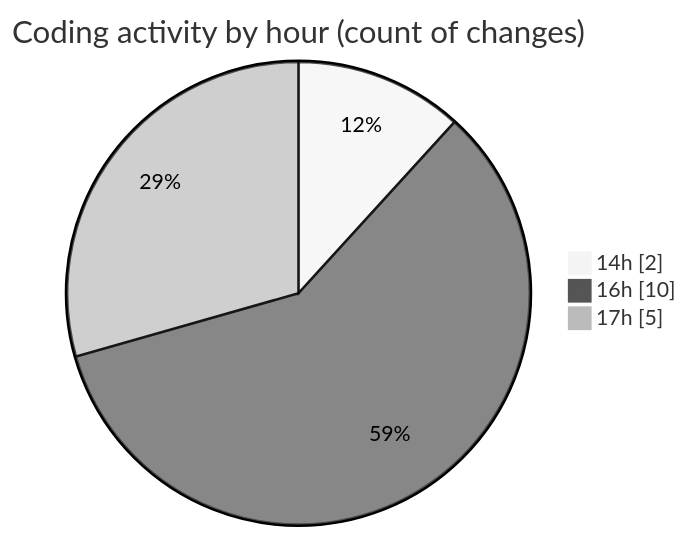
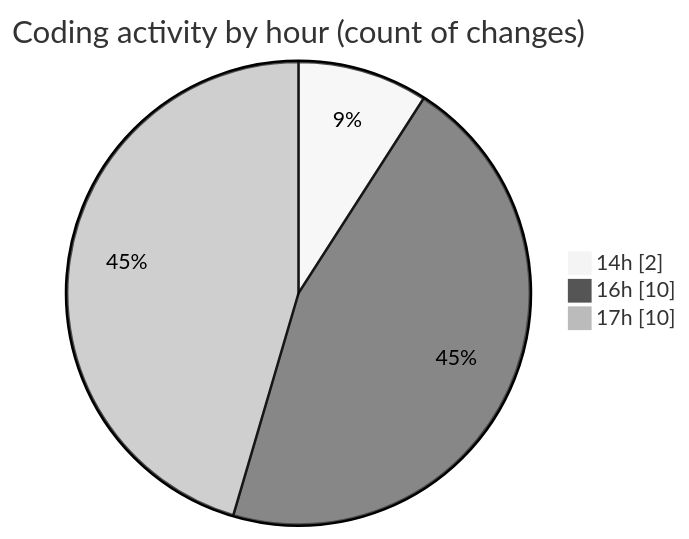
One commit to Ritupan-Deka/code-tracking changed the second of 2 diagrams in 2025-06-18/scopesketch-app/README.md. Above: the diagram before and after it, drawn with Mermaid (neutral theme). The commit also changed other lines of this file and 1 other file, not shown here.

````diff
--- a/2025-06-18/scopesketch-app/README.md
+++ b/2025-06-18/scopesketch-app/README.md
@@ -41,7 +41,7 @@
 ```mermaid
 pie showData
 title Coding activity by hour (count of changes)
 "14h" : 2
 "16h" : 10
-"17h" : 5
+"17h" : 10
 ```
````
